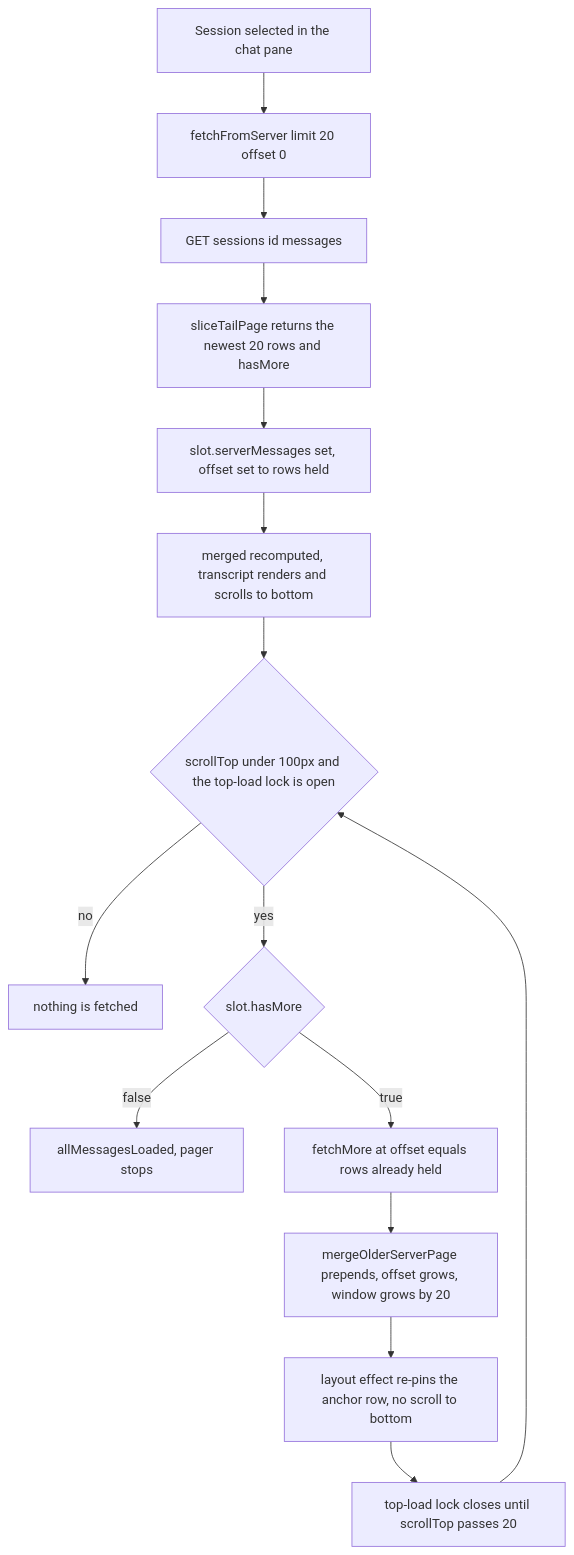
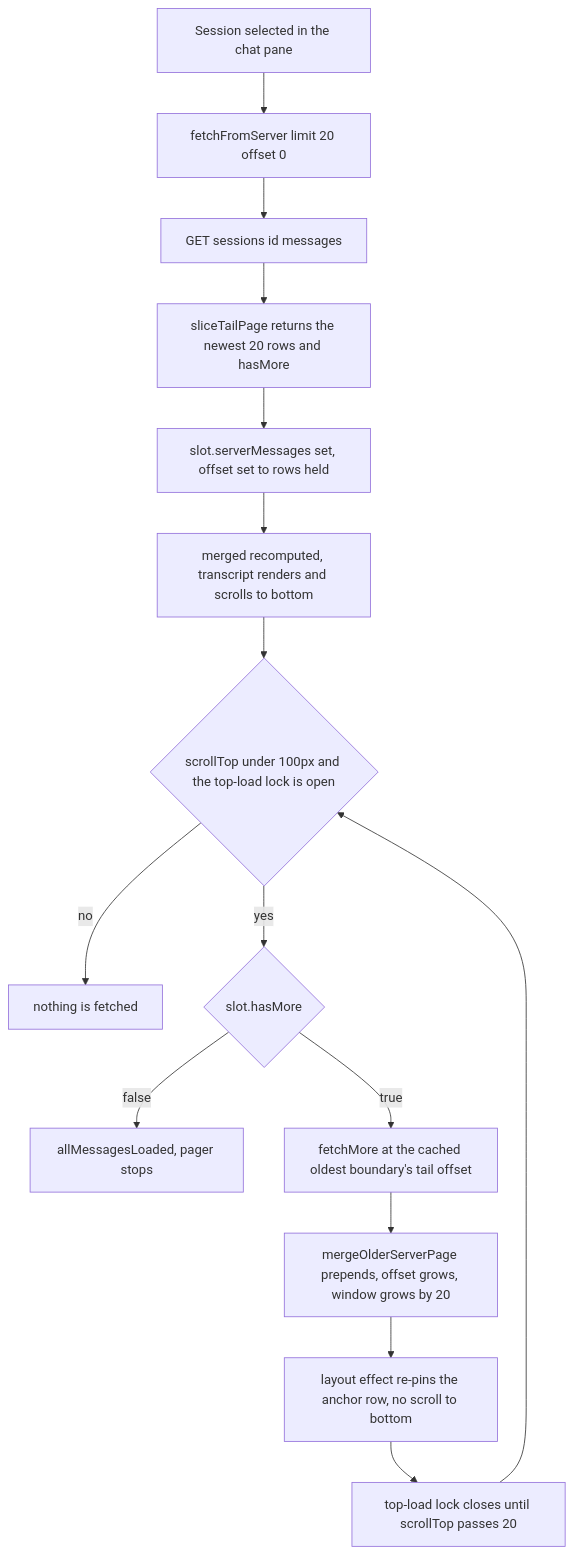
The first of 3 diagrams in docs/architecture/04-message-store-and-lazy-loading.md (niuzheng168/claudecodeui), drawn with Mermaid before and after one commit. The commit also changed other lines of this file and 4 other files, not shown here.

````diff
--- a/docs/architecture/04-message-store-and-lazy-loading.md
+++ b/docs/architecture/04-message-store-and-lazy-loading.md
@@ -266,17 +269,17 @@
 ```mermaid
 flowchart TD
   A["Session selected in the chat pane"] --> B["fetchFromServer limit 20 offset 0"]
   B --> C["GET sessions id messages"]
   C --> D["sliceTailPage returns the newest 20 rows and hasMore"]
   D --> E["slot.serverMessages set, offset set to rows held"]
   E --> F["merged recomputed, transcript renders and scrolls to bottom"]
   F --> G{"scrollTop under 100px and the top-load lock is open"}
   G -->|"no"| Z["nothing is fetched"]
   G -->|"yes"| H{"slot.hasMore"}
   H -->|"false"| K["allMessagesLoaded, pager stops"]
-  H -->|"true"| I["fetchMore at offset equals rows already held"]
+  H -->|"true"| I["fetchMore at the cached oldest boundary's tail offset"]
   I --> J["mergeOlderServerPage prepends, offset grows, window grows by 20"]
   J --> L["layout effect re-pins the anchor row, no scroll to bottom"]
   L --> M["top-load lock closes until scrollTop passes 20"]
   M --> G
 ```
````
